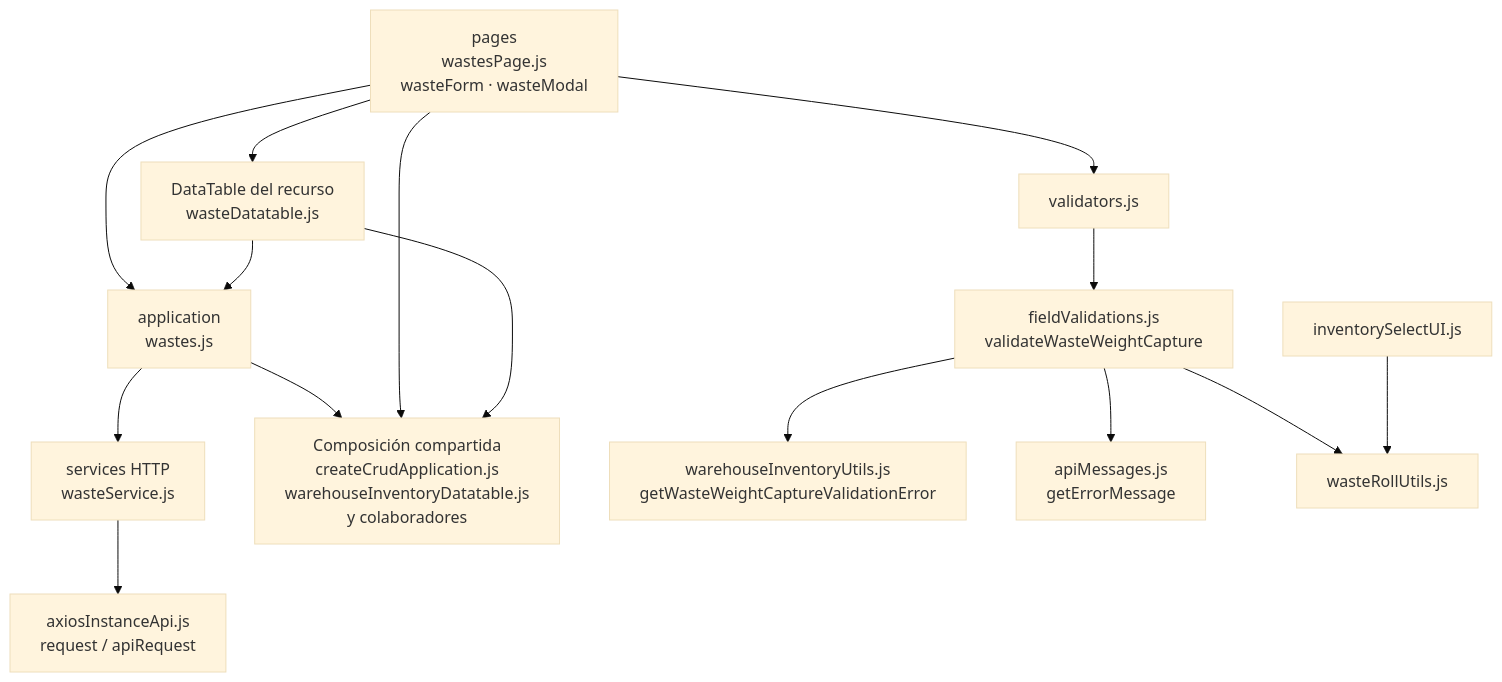
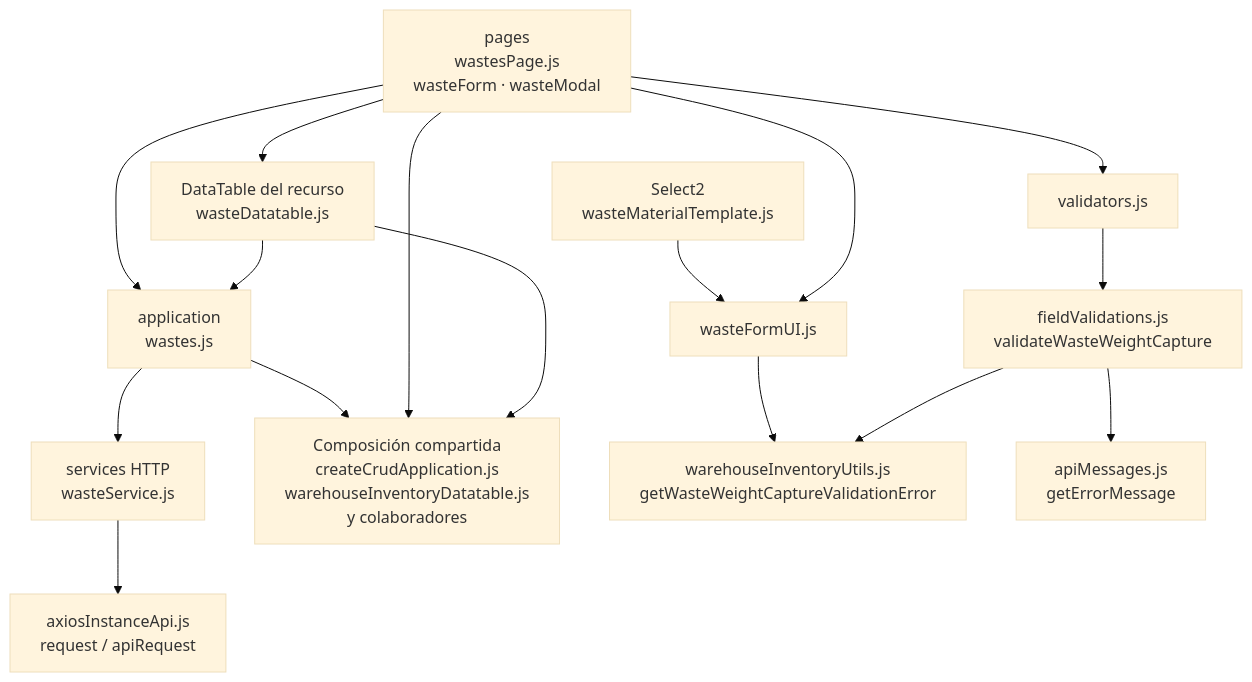
The diagram in docs/architecture/views/development/frontend-technical-documentation/11-wastes-code.md (gpgsistemas01/nexus), drawn with Mermaid (base theme) before and after one commit. The commit also changed other lines of this file and 25 other files, not shown here.

````diff
--- a/docs/architecture/views/development/frontend-technical-documentation/11-wastes-code.md
+++ b/docs/architecture/views/development/frontend-technical-documentation/11-wastes-code.md
@@ -7,29 +7,30 @@
 ```mermaid
 flowchart TB
     P["pages<br/>wastesPage.js<br/>wasteForm · wasteModal"]
     A["application<br/>wastes.js"]
     R["services HTTP<br/>wasteService.js"]
     T["DataTable del recurso<br/>wasteDatatable.js"]
     U["Composición compartida<br/>createCrudApplication.js<br/>warehouseInventoryDatatable.js<br/>y colaboradores"]
     Validation["validators.js"]
     FieldValidation["fieldValidations.js<br/>validateWasteWeightCapture"]
     WeightRule["warehouseInventoryUtils.js<br/>getWasteWeightCaptureValidationError"]
     Messages["apiMessages.js<br/>getErrorMessage"]
     H["axiosInstanceApi.js<br/>request / apiRequest"]
-    Roll["wasteRollUtils.js"]
-    InventoryUI["inventorySelectUI.js"]
-    FieldValidation --> Roll
-    InventoryUI --> Roll
+    InventoryUI["wasteFormUI.js"]
+    Select["Select2<br/>wasteMaterialTemplate.js"]
+    InventoryUI --> WeightRule
+    Select --> InventoryUI
+    P --> InventoryUI
     A --> R
     A --> U
     P --> Validation
     Validation --> FieldValidation
     FieldValidation --> WeightRule
     FieldValidation --> Messages
     P --> A
     P --> T
     P --> U
     R --> H
     T --> A
     T --> U
 ```
````
